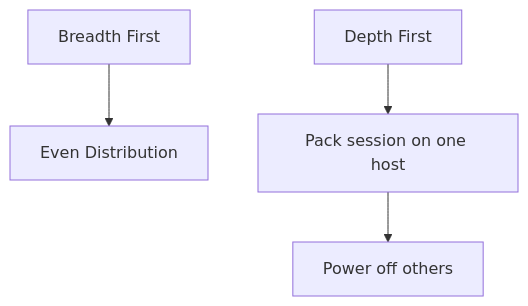
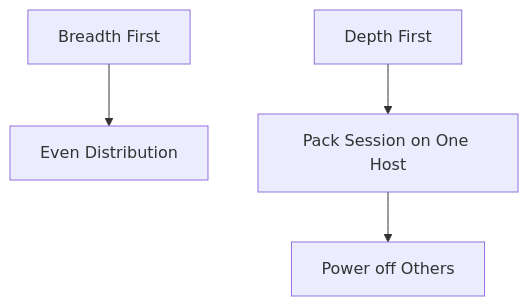
One commit to Devopstrio/avd-application-delivery changed diagram 17 of 20 in README.md. Above: the diagram before and after it, drawn with Mermaid. The commit also changed other lines of this file, not shown here.

Commit message:
docs: fix Mermaid diagram syntax and upgrade to flowchart for better rendering

````diff
--- a/README.md
+++ b/README.md
@@ -204,6 +204,6 @@
 ```mermaid
-graph TD
-    Breadth[Breadth First] --> NewHost[Even Distribution]
-    Depth[Depth First] --> Pack[Pack session on one host]
-    Pack --> Shutdown[Power off others]
+flowchart TD
+    Breadth["Breadth First"] --> NewHost["Even Distribution"]
+    Depth["Depth First"] --> Pack["Pack Session on One Host"]
+    Pack["Pack Session on One Host"] --> Shutdown["Power off Others"]
 ```
````
